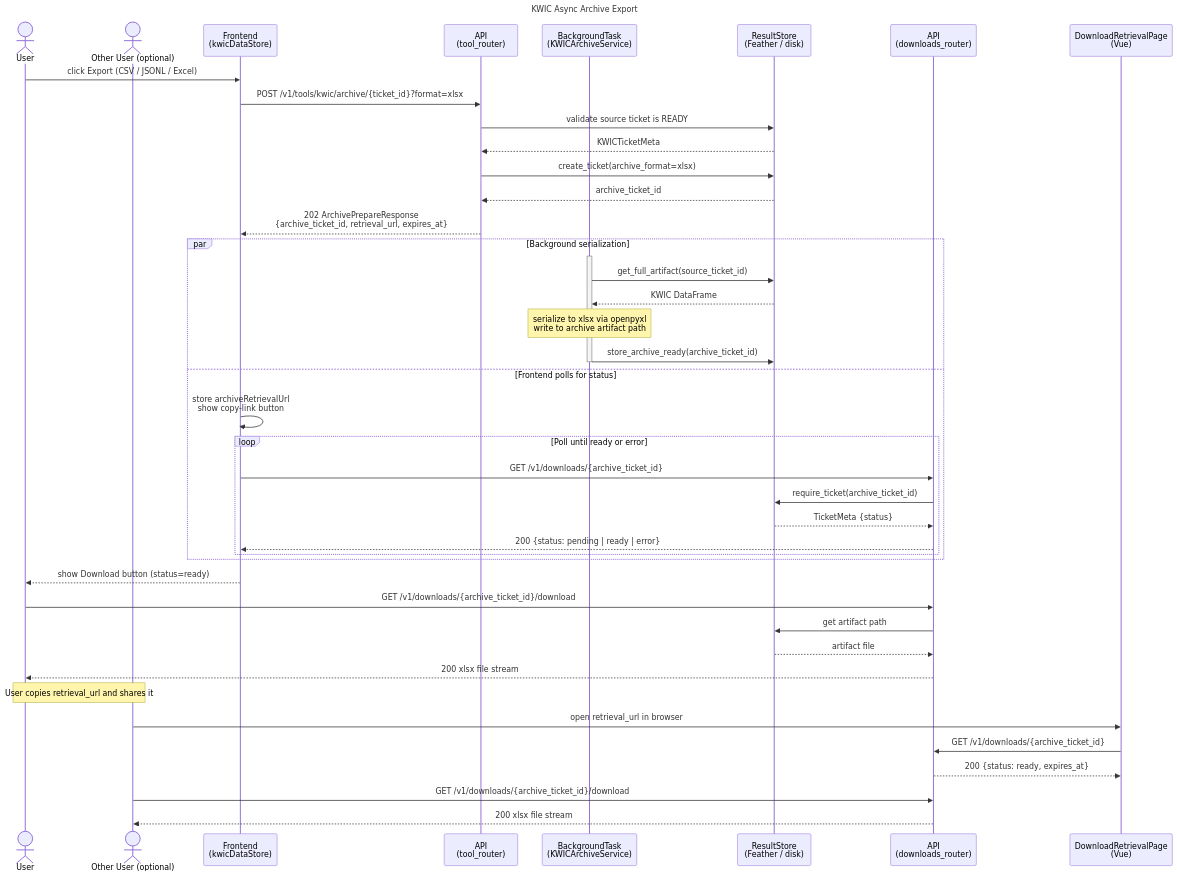
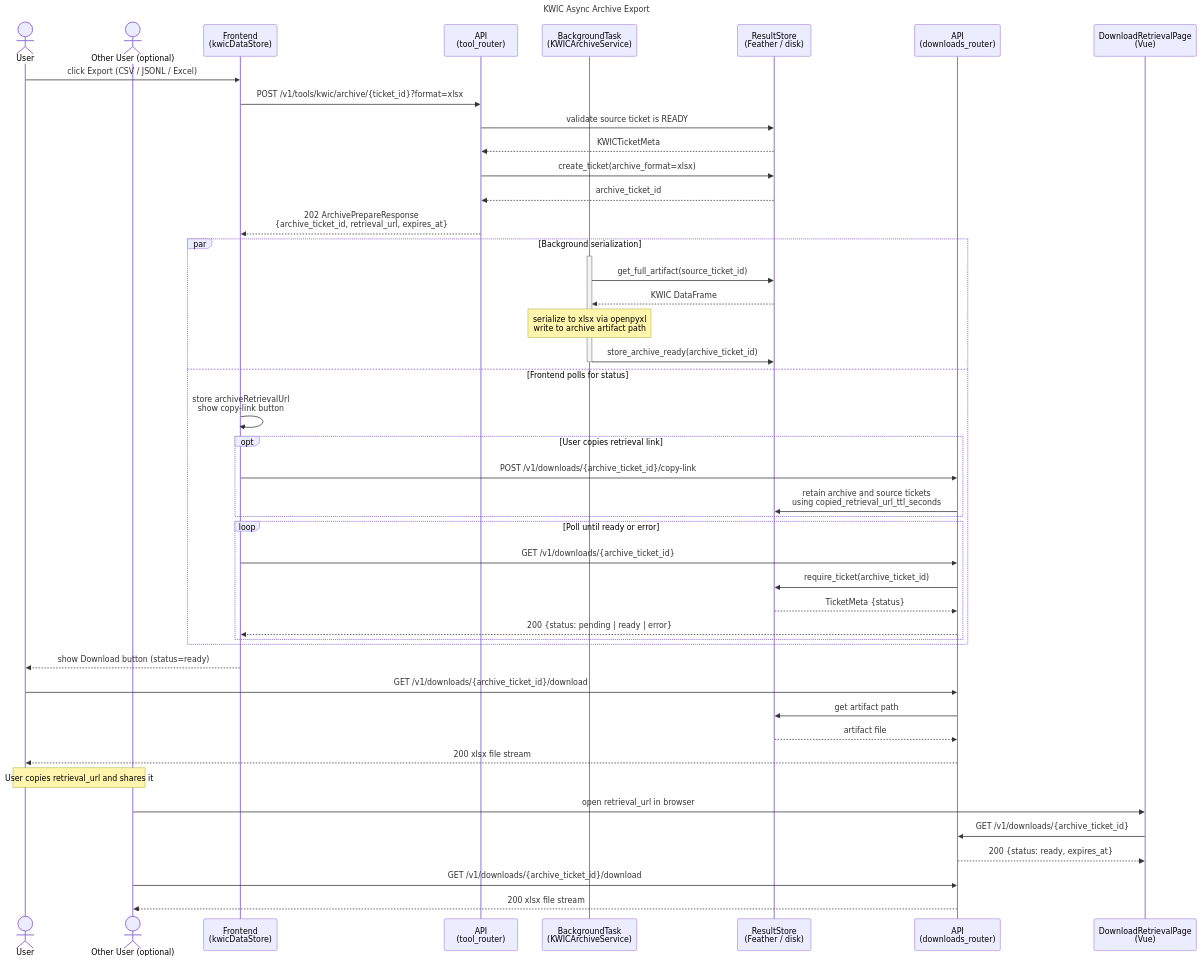
Before and after one commit to humlab-swedeb/swedeb-api: the first of 18 diagrams in docs/DIAGRAMS.md, drawn with Mermaid. The commit also changed other lines of this file and 10 other files, not shown here.

First line of the commit message:
fix: retain copied retrieval links

````diff
--- a/docs/DIAGRAMS.md
+++ b/docs/DIAGRAMS.md
@@ -15,55 +15,59 @@
 ```mermaid
 sequenceDiagram
     title KWIC Async Archive Export
 
     actor User
     actor OtherUser as Other User (optional)
     participant Frontend as Frontend<br/>(kwicDataStore)
     participant API as API<br/>(tool_router)
     participant BG as BackgroundTask<br/>(KWICArchiveService)
     participant ResultStore as ResultStore<br/>(Feather / disk)
     participant DownloadsAPI as API<br/>(downloads_router)
     participant RetrievalPage as DownloadRetrievalPage<br/>(Vue)
 
     User->>Frontend: click Export (CSV / JSONL / Excel)
     Frontend->>API: POST /v1/tools/kwic/archive/{ticket_id}?format=xlsx
 
     API->>ResultStore: validate source ticket is READY
     ResultStore-->>API: KWICTicketMeta
 
     API->>ResultStore: create_ticket(archive_format=xlsx)
     ResultStore-->>API: archive_ticket_id
 
     API-->>Frontend: 202 ArchivePrepareResponse<br/>{archive_ticket_id, retrieval_url, expires_at}
 
     par Background serialization
         activate BG
         BG->>ResultStore: get_full_artifact(source_ticket_id)
         ResultStore-->>BG: KWIC DataFrame
         Note over BG: serialize to xlsx via openpyxl<br/>write to archive artifact path
         BG->>ResultStore: store_archive_ready(archive_ticket_id)
         deactivate BG
     and Frontend polls for status
         Frontend->>Frontend: store archiveRetrievalUrl<br/>show copy-link button
+        opt User copies retrieval link
+            Frontend->>DownloadsAPI: POST /v1/downloads/{archive_ticket_id}/copy-link
+            DownloadsAPI->>ResultStore: retain archive and source tickets<br/>using copied_retrieval_url_ttl_seconds
+        end
 
         loop Poll until ready or error
             Frontend->>DownloadsAPI: GET /v1/downloads/{archive_ticket_id}
             DownloadsAPI->>ResultStore: require_ticket(archive_ticket_id)
             ResultStore-->>DownloadsAPI: TicketMeta {status}
             DownloadsAPI-->>Frontend: 200 {status: pending | ready | error}
         end
     end
 
     Frontend-->>User: show Download button (status=ready)
     User->>DownloadsAPI: GET /v1/downloads/{archive_ticket_id}/download
     DownloadsAPI->>ResultStore: get artifact path
     ResultStore-->>DownloadsAPI: artifact file
     DownloadsAPI-->>User: 200 xlsx file stream
 
     Note over User,OtherUser: User copies retrieval_url and shares it
     OtherUser->>RetrievalPage: open retrieval_url in browser
     RetrievalPage->>DownloadsAPI: GET /v1/downloads/{archive_ticket_id}
     DownloadsAPI-->>RetrievalPage: 200 {status: ready, expires_at}
     OtherUser->>DownloadsAPI: GET /v1/downloads/{archive_ticket_id}/download
     DownloadsAPI-->>OtherUser: 200 xlsx file stream
 ```
````
